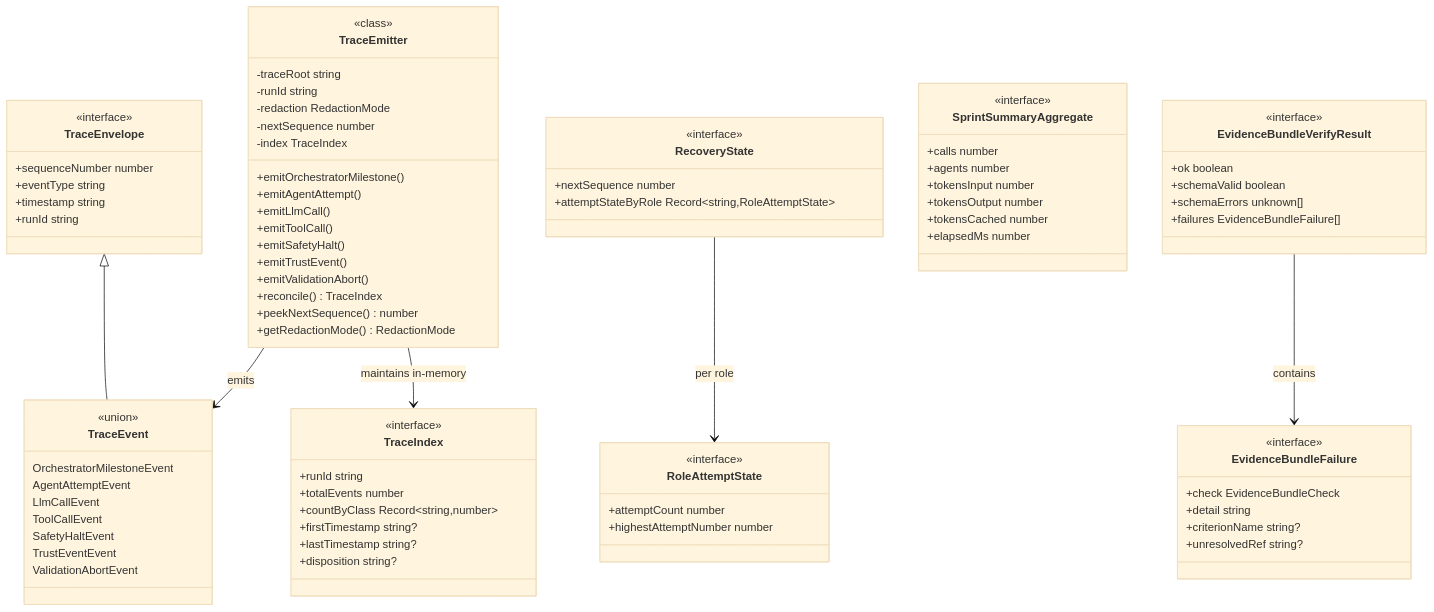
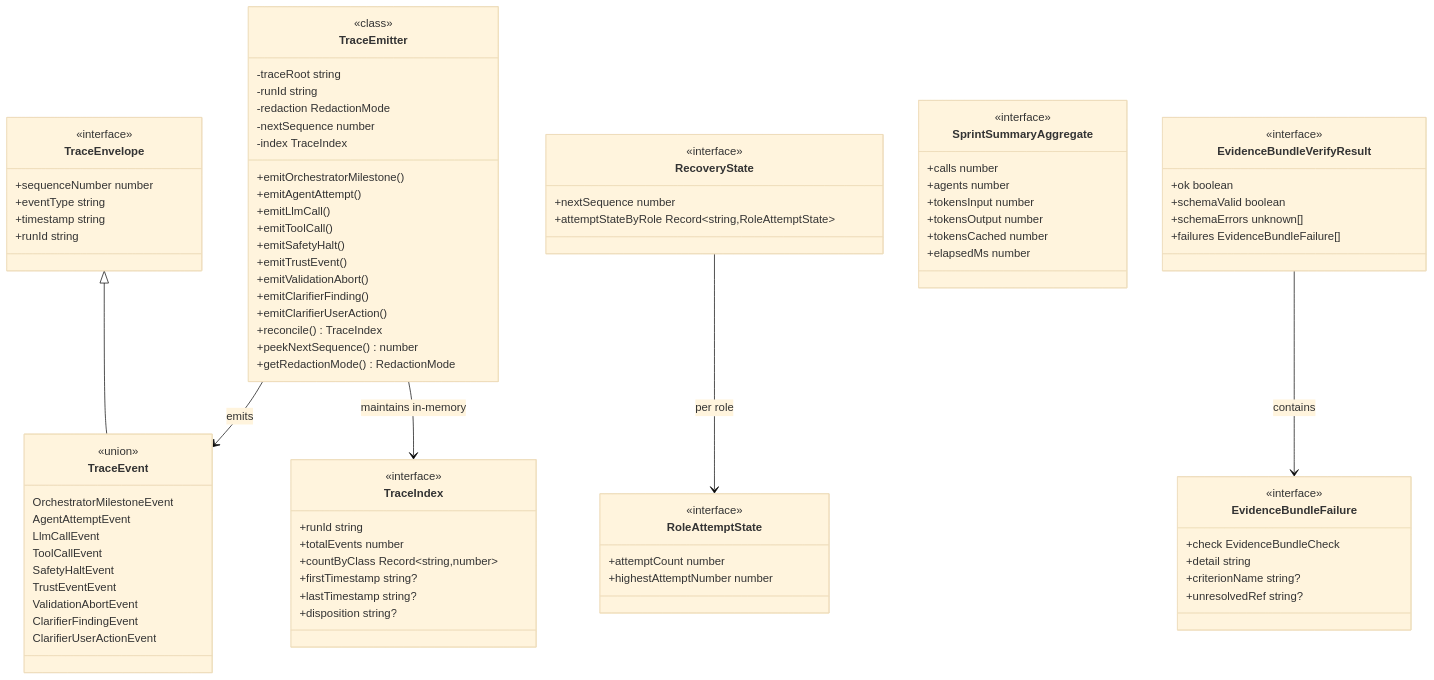
The fourth of 5 diagrams in documentation/trace.md (Thomas-AppForceOne/ClaudeAgents), drawn with Mermaid (base theme) before and after one commit. The commit also changed other lines of this file and 31 other files, not shown here.

```diff
--- a/documentation/trace.md
+++ b/documentation/trace.md
@@ -100,6 +102,8 @@
         SafetyHaltEvent
         TrustEventEvent
         ValidationAbortEvent
+        ClarifierFindingEvent
+        ClarifierUserActionEvent
     }
 
     class TraceEmitter {
@@ -116,6 +120,8 @@
         +emitSafetyHalt()
         +emitTrustEvent()
         +emitValidationAbort()
+        +emitClarifierFinding()
+        +emitClarifierUserAction()
         +reconcile() TraceIndex
         +peekNextSequence() number
         +getRedactionMode() RedactionMode
```
